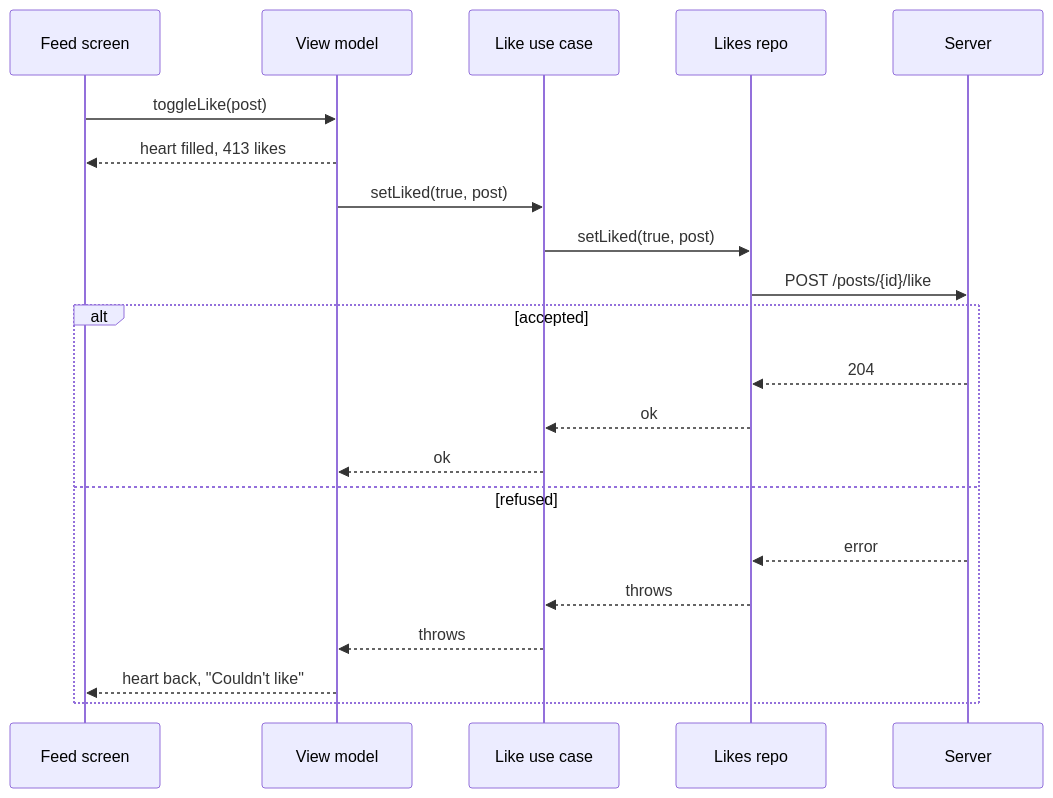
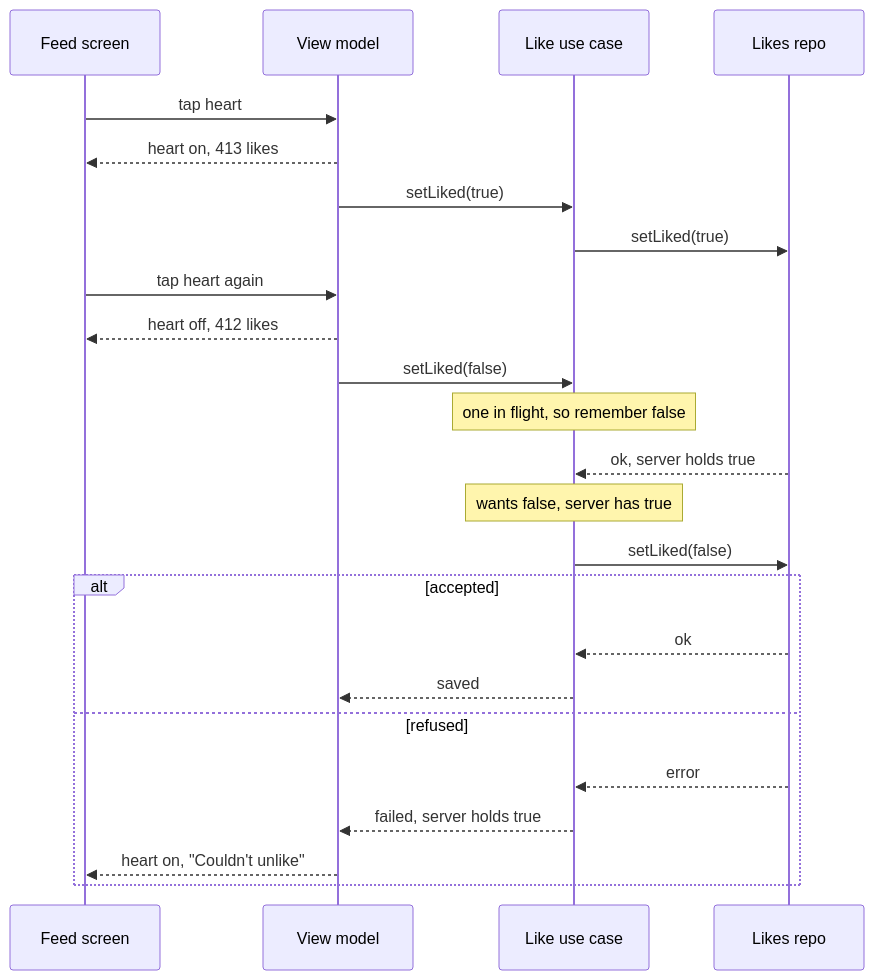
The third of 3 diagrams in topics/system-design/02-infinite-photo-feed.md (rezabina86/reference-desk), drawn with Mermaid before and after one commit. The commit also changed other lines of this file and 5 other files, not shown here.

````diff
--- a/topics/system-design/02-infinite-photo-feed.md
+++ b/topics/system-design/02-infinite-photo-feed.md
@@ -354,23 +382,26 @@
 ```mermaid
 sequenceDiagram
   participant V as Feed screen
   participant VM as View model
   participant U as Like use case
   participant L as Likes repo
-  participant S as Server
-  V->>VM: toggleLike(post)
-  VM-->>V: heart filled, 413 likes
-  VM->>U: setLiked(true, post)
-  U->>L: setLiked(true, post)
-  L->>S: POST /posts/{id}/like
+  V->>VM: tap heart
+  VM-->>V: heart on, 413 likes
+  VM->>U: setLiked(true)
+  U->>L: setLiked(true)
+  V->>VM: tap heart again
+  VM-->>V: heart off, 412 likes
+  VM->>U: setLiked(false)
+  Note over U: one in flight, so remember false
+  L-->>U: ok, server holds true
+  Note over U: wants false, server has true
+  U->>L: setLiked(false)
   alt accepted
-    S-->>L: 204
     L-->>U: ok
-    U-->>VM: ok
+    U-->>VM: saved
   else refused
-    S-->>L: error
-    L-->>U: throws
-    U-->>VM: throws
-    VM-->>V: heart back, "Couldn't like"
+    L-->>U: error
+    U-->>VM: failed, server holds true
+    VM-->>V: heart on, "Couldn't unlike"
   end
 ```
````
